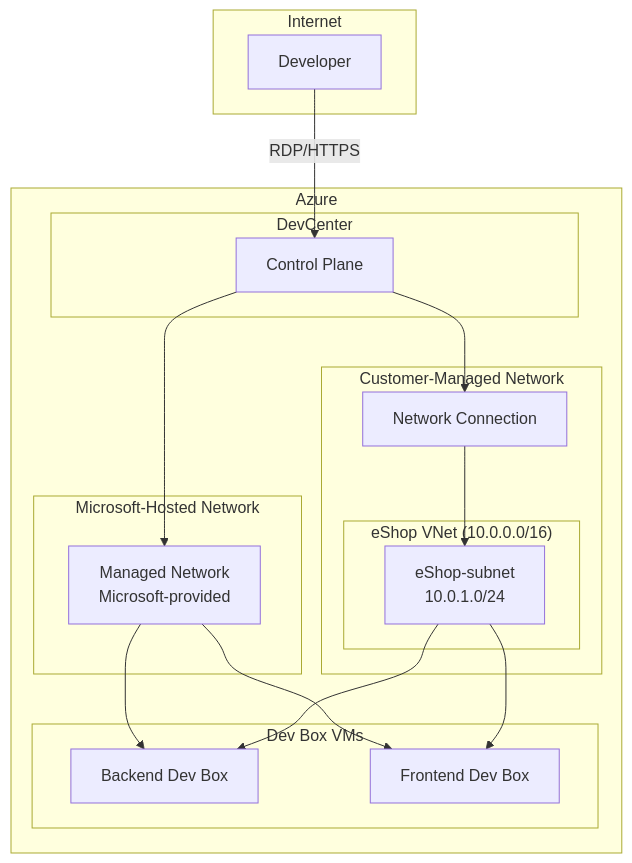
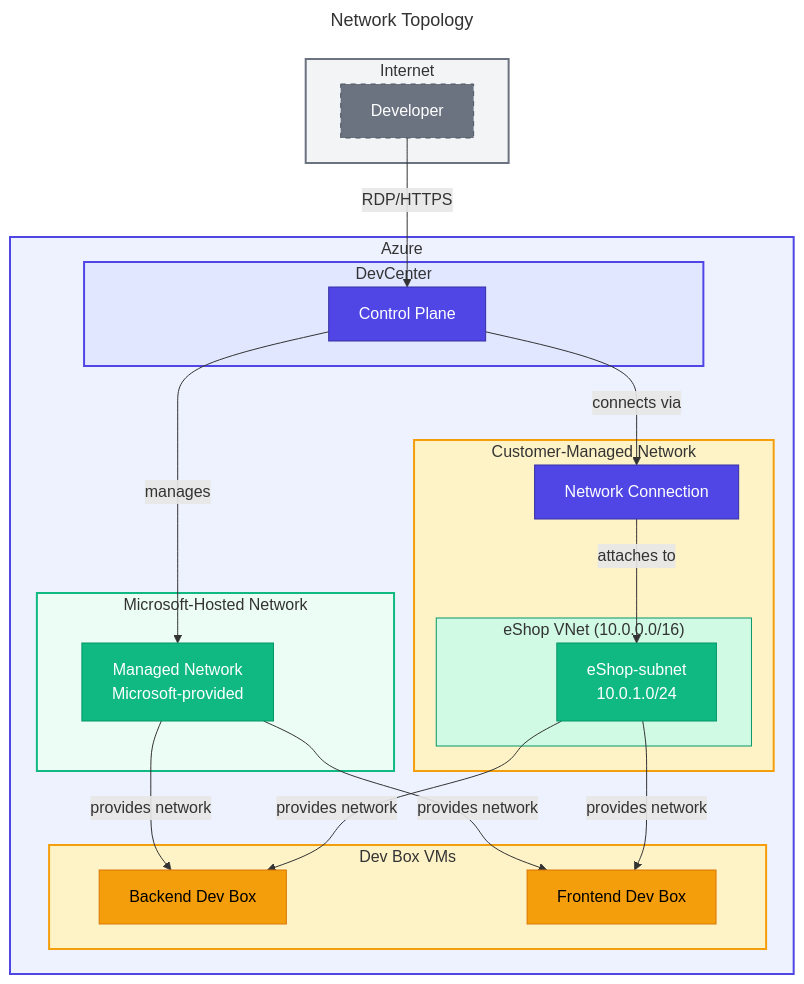
Before and after one commit to Evilazaro/DevExp-DevBox: the third of 14 diagrams in docs/architecture/04-technology-architecture.md, drawn with Mermaid. The commit also changed other lines of this file, not shown here.

Commit message:
Refactor technology architecture documentation to enhance clarity and detail in Azure services flowcharts and four-zone architecture diagrams

````diff
--- a/docs/architecture/04-technology-architecture.md
+++ b/docs/architecture/04-technology-architecture.md
@@ -267,40 +327,71 @@
 ```mermaid
+---
+title: Network Topology
+---
 flowchart TB
+    %% ===== STYLE DEFINITIONS =====
+    classDef primary fill:#4F46E5,stroke:#3730A3,color:#FFFFFF
+    classDef secondary fill:#10B981,stroke:#059669,color:#FFFFFF
+    classDef datastore fill:#F59E0B,stroke:#D97706,color:#000000
+    classDef external fill:#6B7280,stroke:#4B5563,color:#FFFFFF,stroke-dasharray:5 5
+
+    %% ===== INTERNET =====
     subgraph Internet["Internet"]
-        DEV[Developer]
+        DEV["Developer"]
     end
 
+    %% ===== AZURE =====
     subgraph Azure["Azure"]
+        %% ===== DEVCENTER =====
         subgraph DevCenter["DevCenter"]
-            DC_CTRL[Control Plane]
+            DC_CTRL["Control Plane"]
         end
 
+        %% ===== MANAGED NETWORK =====
         subgraph ManagedNet["Microsoft-Hosted Network"]
-            MN[Managed Network<br/>Microsoft-provided]
+            MN["Managed Network<br/>Microsoft-provided"]
         end
 
+        %% ===== CUSTOMER NETWORK =====
         subgraph CustomerNet["Customer-Managed Network"]
             subgraph VNet["eShop VNet (10.0.0.0/16)"]
                 SUBNET1["eShop-subnet<br/>10.0.1.0/24"]
             end
 
-            NC[Network Connection]
+            NC["Network Connection"]
         end
 
+        %% ===== DEV BOXES =====
         subgraph DevBoxes["Dev Box VMs"]
-            DB1[Backend Dev Box]
-            DB2[Frontend Dev Box]
+            DB1["Backend Dev Box"]
+            DB2["Frontend Dev Box"]
         end
     end
 
-    DEV -->|RDP/HTTPS| DC_CTRL
-    DC_CTRL --> MN
-    DC_CTRL --> NC
+    %% ===== CONNECTIONS =====
+    DEV -->|"RDP/HTTPS"| DC_CTRL
+    DC_CTRL -->|"manages"| MN
+    DC_CTRL -->|"connects via"| NC
 
-    NC --> SUBNET1
+    NC -->|"attaches to"| SUBNET1
 
-    MN --> DB1
-    MN --> DB2
-    SUBNET1 --> DB1
-    SUBNET1 --> DB2
+    MN -->|"provides network"| DB1
+    MN -->|"provides network"| DB2
+    SUBNET1 -->|"provides network"| DB1
+    SUBNET1 -->|"provides network"| DB2
+
+    %% ===== APPLY STYLES =====
+    class DEV external
+    class DC_CTRL,NC primary
+    class MN,SUBNET1 secondary
+    class DB1,DB2 datastore
+
+    %% ===== SUBGRAPH STYLING =====
+    style Internet fill:#F3F4F6,stroke:#6B7280,stroke-width:2px
+    style Azure fill:#EEF2FF,stroke:#4F46E5,stroke-width:2px
+    style DevCenter fill:#E0E7FF,stroke:#4F46E5,stroke-width:2px
+    style ManagedNet fill:#ECFDF5,stroke:#10B981,stroke-width:2px
+    style CustomerNet fill:#FEF3C7,stroke:#F59E0B,stroke-width:2px
+    style VNet fill:#D1FAE5,stroke:#059669,stroke-width:1px
+    style DevBoxes fill:#FEF3C7,stroke:#F59E0B,stroke-width:2px
 ```
````
